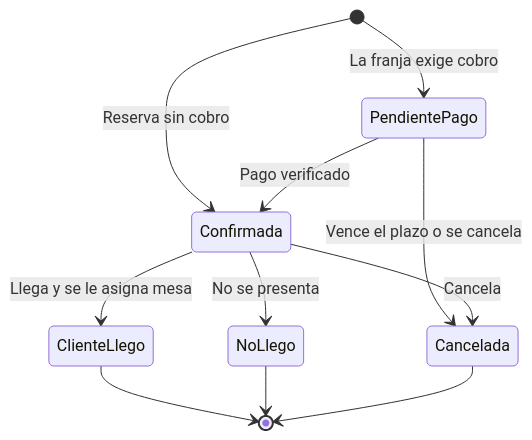
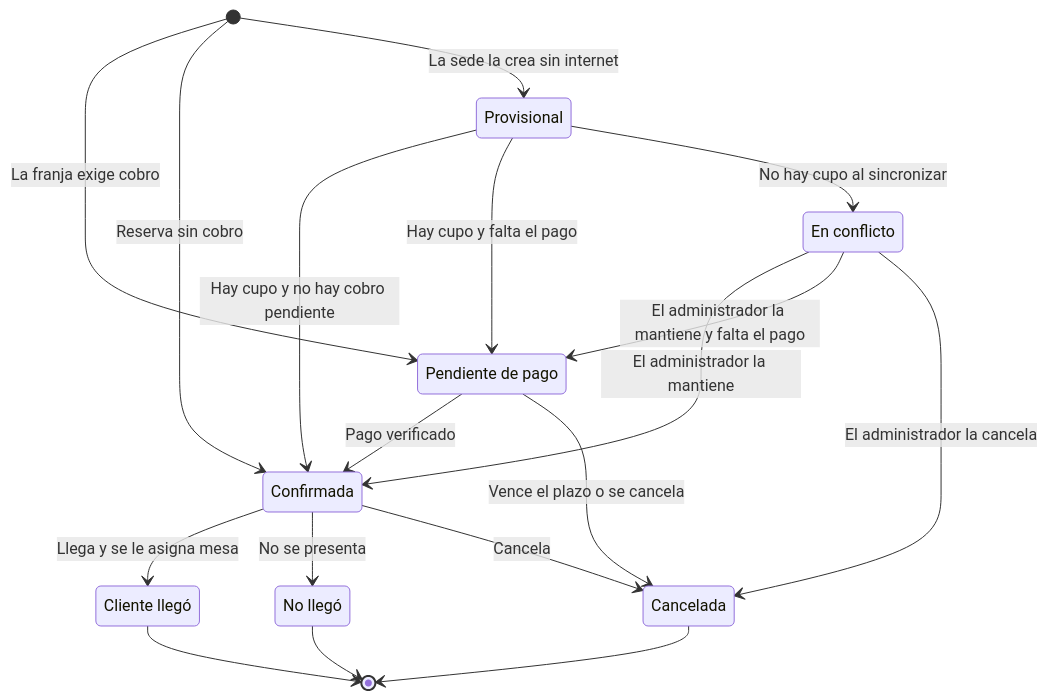
The second of 4 diagrams in docs/flujos/m9-reservas.md (CesarJOtizM/blackHole), drawn with Mermaid before and after one commit. The commit also changed other lines of this file and 159 other files, not shown here.

````diff
--- a/docs/flujos/m9-reservas.md
+++ b/docs/flujos/m9-reservas.md
@@ -52,13 +64,28 @@
 ```mermaid
 stateDiagram-v2
-  [*] --> PendientePago: La franja exige cobro
-  [*] --> Confirmada: Reserva sin cobro
-  PendientePago --> Confirmada: Pago verificado
-  PendientePago --> Cancelada: Vence el plazo o se cancela
-  Confirmada --> ClienteLlego: Llega y se le asigna mesa
-  Confirmada --> NoLlego: No se presenta
-  Confirmada --> Cancelada: Cancela
-  ClienteLlego --> [*]
-  NoLlego --> [*]
-  Cancelada --> [*]
+  state "Pendiente de pago" as pending_payment
+  state "Confirmada" as confirmed
+  state "Provisional" as provisional
+  state "En conflicto" as conflict
+  state "Cliente llegó" as arrived
+  state "No llegó" as no_show
+  state "Cancelada" as cancelled
+
+  [*] --> pending_payment: La franja exige cobro
+  [*] --> confirmed: Reserva sin cobro
+  [*] --> provisional: La sede la crea sin internet
+  provisional --> confirmed: Hay cupo y no hay cobro pendiente
+  provisional --> pending_payment: Hay cupo y falta el pago
+  provisional --> conflict: No hay cupo al sincronizar
+  conflict --> confirmed: El administrador la mantiene
+  conflict --> pending_payment: El administrador la mantiene y falta el pago
+  conflict --> cancelled: El administrador la cancela
+  pending_payment --> confirmed: Pago verificado
+  pending_payment --> cancelled: Vence el plazo o se cancela
+  confirmed --> arrived: Llega y se le asigna mesa
+  confirmed --> no_show: No se presenta
+  confirmed --> cancelled: Cancela
+  arrived --> [*]
+  no_show --> [*]
+  cancelled --> [*]
 ```
````
